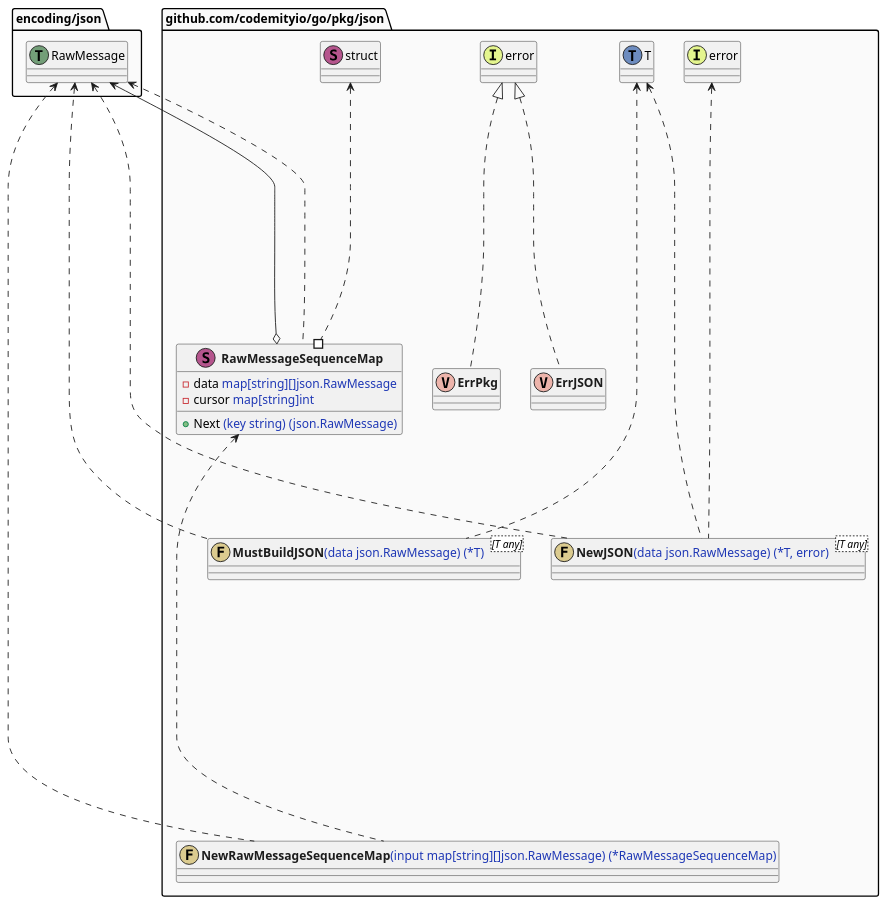
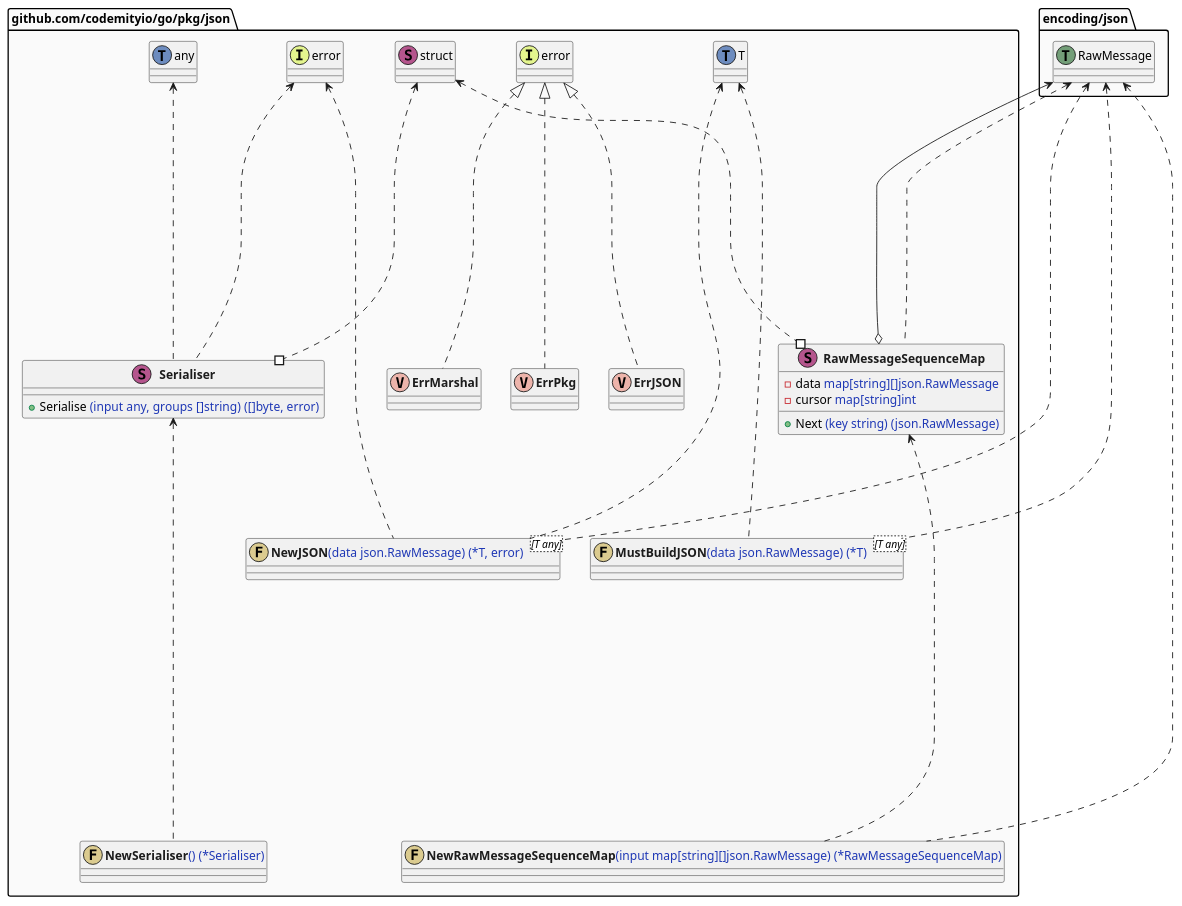
The diagram in pkg/json/graph.puml (codemityio/go), drawn with PlantUML before and after one commit. The commit also changed 25 other files, not shown here.

```diff
--- a/pkg/json/graph.puml
+++ b/pkg/json/graph.puml
@@ -1,57 +1,71 @@
 @startuml
 top to bottom direction
 skinparam package {
     BackgroundColor #fafafa
 }
 skinparam defaulttextalignment center
 skinparam noteTextAlignment left
 package "github.com/codemityio/go/pkg/json" as github_com_codemityio_go_pkg_json {
     class "<b><font color=#1c1c1c>RawMessageSequenceMap</font></b>" as github_com_codemityio_go_pkg_json_RawMessageSequenceMap << (S, #b5558d) >> {
         - data <font color=#1f38b5>map[string][]json.RawMessage</font>
         - cursor <font color=#1f38b5>map[string]int</font>
         + Next <font color=#1f38b5>(key string) (json.RawMessage)</font>
     }
+    class "<b><font color=#1c1c1c>Serialiser</font></b>" as github_com_codemityio_go_pkg_json_Serialiser << (S, #b5558d) >> {
+        + Serialise <font color=#1f38b5>(input any, groups []string) ([]byte, error)</font>
+    }
     class "<b><font color=#1c1c1c>ErrPkg</font></b>" as github_com_codemityio_go_pkg_json_ErrPkg << (V, #edb4ab) >> {}
     class "<b><font color=#1c1c1c>ErrJSON</font></b>" as github_com_codemityio_go_pkg_json_ErrJSON << (V, #edb4ab) >> {}
-    class "<b><font color=#1c1c1c>NewRawMessageSequenceMap</font></b><font color=#1f38b5>(input map[string][]json.RawMessage) (*RawMessageSequenceMap)</font>" as github_com_codemityio_go_pkg_json_NewRawMessageSequenceMap << (F, #dbcb8f) >> {}
+    class "<b><font color=#1c1c1c>ErrMarshal</font></b>" as github_com_codemityio_go_pkg_json_ErrMarshal << (V, #edb4ab) >> {}
     class "<b><font color=#1c1c1c>MustBuildJSON</font></b><font color=#1f38b5>(data json.RawMessage) (*T)</font><[T any]>" as github_com_codemityio_go_pkg_json_MustBuildJSON << (F, #dbcb8f) >> {}
     class "<b><font color=#1c1c1c>NewJSON</font></b><font color=#1f38b5>(data json.RawMessage) (*T, error)</font><[T any]>" as github_com_codemityio_go_pkg_json_NewJSON << (F, #dbcb8f) >> {}
+    class "<b><font color=#1c1c1c>NewRawMessageSequenceMap</font></b><font color=#1f38b5>(input map[string][]json.RawMessage) (*RawMessageSequenceMap)</font>" as github_com_codemityio_go_pkg_json_NewRawMessageSequenceMap << (F, #dbcb8f) >> {}
+    class "<b><font color=#1c1c1c>NewSerialiser</font></b><font color=#1f38b5>() (*Serialiser)</font>" as github_com_codemityio_go_pkg_json_NewSerialiser << (F, #dbcb8f) >> {}
 }
 package "github.com/codemityio/go/pkg/json" as github_com_codemityio_go_pkg_json {
     class "struct" as _struct << (S, #b5558d) >> {}
     package "encoding/json" as .encoding_json {
         class "RawMessage" as encoding_json_RawMessage << (T, #739e78) >> {}
     }
     package "encoding/json" as .encoding_json {
         class "RawMessage" as encoding_json_RawMessage << (T, #739e78) >> {}
     }
+    class "struct" as _struct << (S, #b5558d) >> {}
+    class "any" as _any << (T, #6d8cbf) >> {}
+    class "error" as _error << (I, #e4f58e) >> {}
     class "error" as error << (I, #e4f58e) >> {}
     class "error" as error << (I, #e4f58e) >> {}
-    package "encoding/json" as .encoding_json {
-        class "RawMessage" as encoding_json_RawMessage << (T, #739e78) >> {}
-    }
+    class "error" as error << (I, #e4f58e) >> {}
     package "encoding/json" as .encoding_json {
         class "RawMessage" as encoding_json_RawMessage << (T, #739e78) >> {}
     }
     class "T" as github_com_codemityio_go_pkg_json_T << (T, #6d8cbf) >> {}
     package "encoding/json" as .encoding_json {
         class "RawMessage" as encoding_json_RawMessage << (T, #739e78) >> {}
     }
     class "T" as github_com_codemityio_go_pkg_json_T << (T, #6d8cbf) >> {}
     class "error" as _error << (I, #e4f58e) >> {}
+    package "encoding/json" as .encoding_json {
+        class "RawMessage" as encoding_json_RawMessage << (T, #739e78) >> {}
+    }
 }
 package "github.com/codemityio/go/pkg/json" as github_com_codemityio_go_pkg_json {
     github_com_codemityio_go_pkg_json_RawMessageSequenceMap #...up...> _struct
     github_com_codemityio_go_pkg_json_RawMessageSequenceMap o---up---> encoding_json_RawMessage
     github_com_codemityio_go_pkg_json_RawMessageSequenceMap ...up...> encoding_json_RawMessage
+    github_com_codemityio_go_pkg_json_Serialiser #...up...> _struct
+    github_com_codemityio_go_pkg_json_Serialiser ...up...> _any
+    github_com_codemityio_go_pkg_json_Serialiser ...up...> _error
     github_com_codemityio_go_pkg_json_ErrPkg ...up...|> error
     github_com_codemityio_go_pkg_json_ErrJSON ...up...|> error
-    github_com_codemityio_go_pkg_json_NewRawMessageSequenceMap ....up....> encoding_json_RawMessage
-    github_com_codemityio_go_pkg_json_NewRawMessageSequenceMap ....up....> github_com_codemityio_go_pkg_json_RawMessageSequenceMap
+    github_com_codemityio_go_pkg_json_ErrMarshal ...up...|> error
     github_com_codemityio_go_pkg_json_MustBuildJSON ....up....> encoding_json_RawMessage
     github_com_codemityio_go_pkg_json_MustBuildJSON ....up....> github_com_codemityio_go_pkg_json_T
     github_com_codemityio_go_pkg_json_NewJSON ....up....> encoding_json_RawMessage
     github_com_codemityio_go_pkg_json_NewJSON ....up....> github_com_codemityio_go_pkg_json_T
     github_com_codemityio_go_pkg_json_NewJSON ....up....> _error
+    github_com_codemityio_go_pkg_json_NewRawMessageSequenceMap ....up....> encoding_json_RawMessage
+    github_com_codemityio_go_pkg_json_NewRawMessageSequenceMap ....up....> github_com_codemityio_go_pkg_json_RawMessageSequenceMap
+    github_com_codemityio_go_pkg_json_NewSerialiser ....up....> github_com_codemityio_go_pkg_json_Serialiser
 }
 @enduml
```
